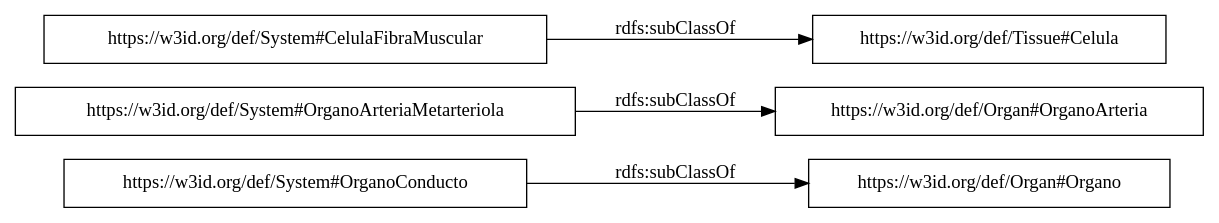
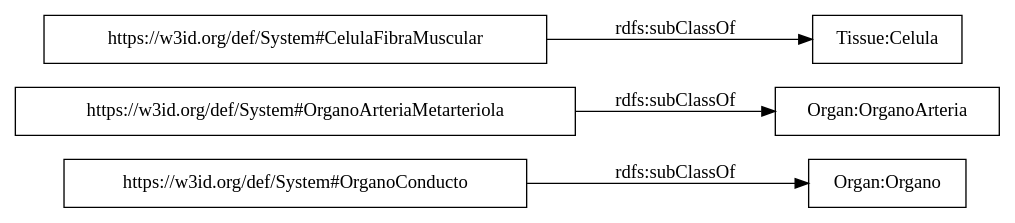
One commit to claxima/HistologicalOntology changed the diagram in OnToology/System.owl/diagrams/ar2dtool-taxonomy/System.owl.png.dot. Above: the diagram before and after it, drawn with Graphviz. The commit also changed 121 other files, not shown here.

```diff
--- a/OnToology/System.owl/diagrams/ar2dtool-taxonomy/System.owl.png.dot
+++ b/OnToology/System.owl/diagrams/ar2dtool-taxonomy/System.owl.png.dot
@@ -1,9 +1,9 @@
 digraph ar2dtool_diagram { 
 rankdir=LR;
 size="1000"
 node [shape = rectangle, color="black"]; "https://w3id.org/def/System#OrganoConducto" "https://w3id.org/def/System#OrganoArteriaMetarteriola" "https://w3id.org/def/System#CelulaFibraMuscular" ; /*classes style*/
-	"https://w3id.org/def/System#CelulaFibraMuscular" -> "https://w3id.org/def/Tissue#Celula" [ label = "rdfs:subClassOf" ];
-	"https://w3id.org/def/System#OrganoArteriaMetarteriola" -> "https://w3id.org/def/Organ#OrganoArteria" [ label = "rdfs:subClassOf" ];
-	"https://w3id.org/def/System#OrganoConducto" -> "https://w3id.org/def/Organ#Organo" [ label = "rdfs:subClassOf" ];
+	"https://w3id.org/def/System#CelulaFibraMuscular" -> "Tissue:Celula" [ label = "rdfs:subClassOf" ];
+	"https://w3id.org/def/System#OrganoArteriaMetarteriola" -> "Organ:OrganoArteria" [ label = "rdfs:subClassOf" ];
+	"https://w3id.org/def/System#OrganoConducto" -> "Organ:Organo" [ label = "rdfs:subClassOf" ];
 
 }
```
